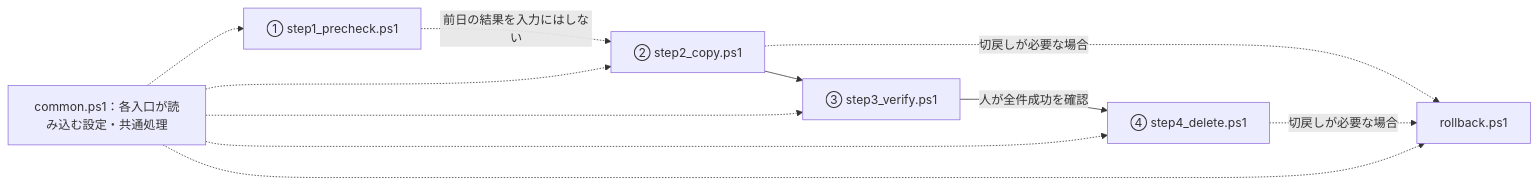
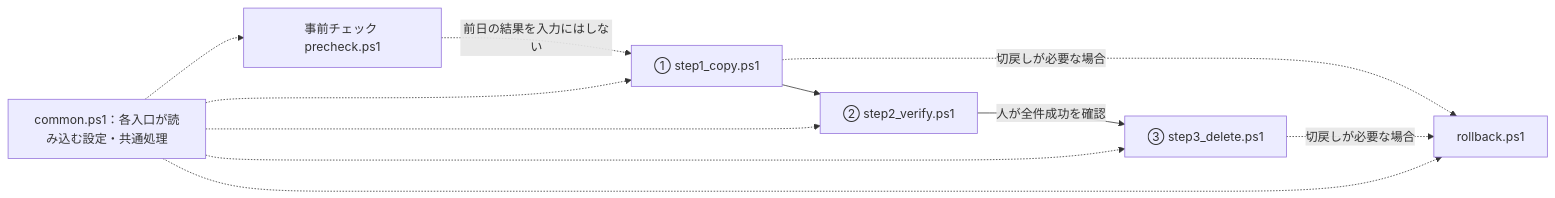
The diagram in REVIEW_GUIDE.md (shuhei0720/log_migration), drawn with Mermaid before and after one commit. The commit also changed other lines of this file and 19 other files, not shown here.

````diff
--- a/REVIEW_GUIDE.md
+++ b/REVIEW_GUIDE.md
@@ -26,10 +26,10 @@
 ```mermaid
 flowchart LR
-  I["① step1_precheck.ps1"] -. "前日の結果を入力にはしない" .-> II["② step2_copy.ps1"]
-  II --> III["③ step3_verify.ps1"]
-  III -->|人が全件成功を確認| IV["④ step4_delete.ps1"]
+  I["事前チェック precheck.ps1"] -. "前日の結果を入力にはしない" .-> II["① step1_copy.ps1"]
+  II --> III["② step2_verify.ps1"]
+  III -->|人が全件成功を確認| IV["③ step3_delete.ps1"]
   II -. 切戻しが必要な場合 .-> R["rollback.ps1"]
   IV -. 切戻しが必要な場合 .-> R
   C["common.ps1：各入口が読み込む設定・共通処理"]
   C -.-> I & II & III & IV & R
 ```
````
